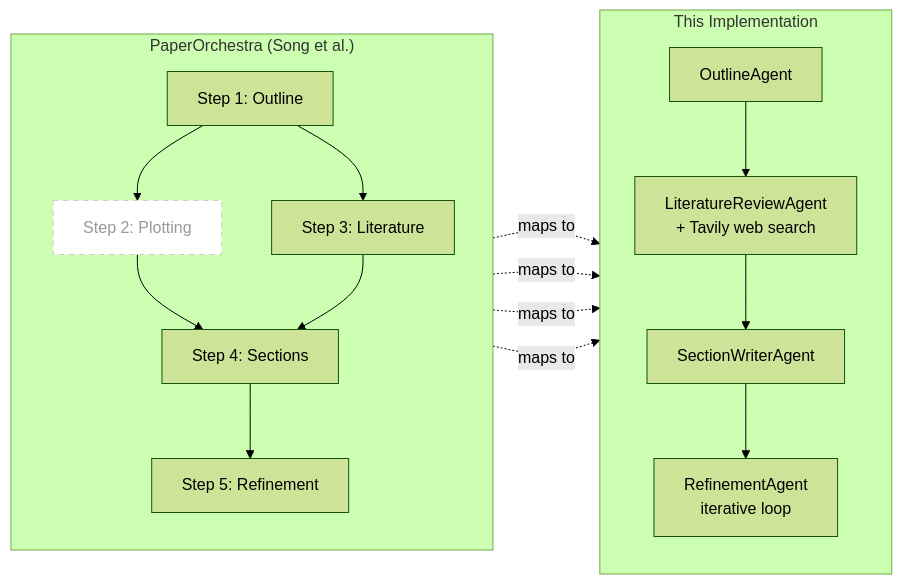
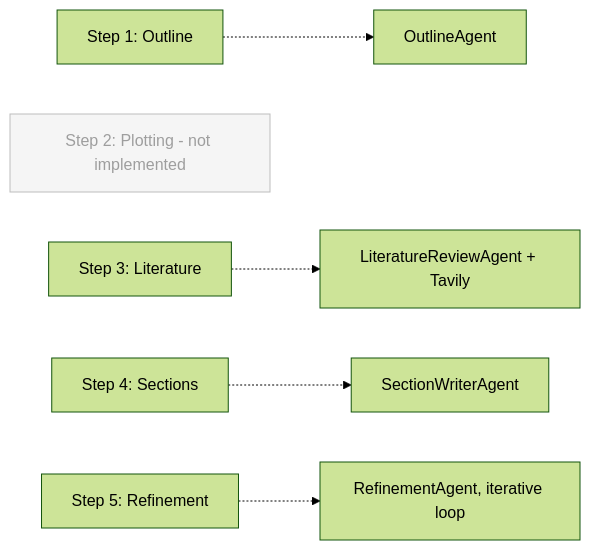
One commit to dimitarpg13/agentic_architectures_and_design_patterns changed the second of 2 diagrams in notebooks/research_paper_creation/README.md. Above: the diagram before and after it, drawn with Mermaid (forest theme). The commit also changed other lines of this file, not shown here.

Commit message:
fix mermaid rendering issue in markdown

````diff
--- a/notebooks/research_paper_creation/README.md
+++ b/notebooks/research_paper_creation/README.md
@@ -188,29 +188,10 @@
 ```mermaid
 flowchart LR
-    subgraph PO["PaperOrchestra (Song et al.)"]
-        direction TB
-        PO1["Step 1: Outline"]
-        PO2["Step 2: Plotting"]
-        PO3["Step 3: Literature"]
-        PO4["Step 4: Sections"]
-        PO5["Step 5: Refinement"]
-        PO1 --> PO2 & PO3
-        PO2 & PO3 --> PO4 --> PO5
-    end
+    PO1["Step 1: Outline"] -.-> I1["OutlineAgent"]
+    PO2["Step 2: Plotting - not implemented"]:::notimpl
+    PO3["Step 3: Literature"] -.-> I3["LiteratureReviewAgent + Tavily"]
+    PO4["Step 4: Sections"] -.-> I4["SectionWriterAgent"]
+    PO5["Step 5: Refinement"] -.-> I5["RefinementAgent, iterative loop"]
 
-    subgraph IMPL["This Implementation"]
-        direction TB
-        I1["OutlineAgent"]
-        I3["LiteratureReviewAgent<br/>+ Tavily web search"]
-        I4["SectionWriterAgent"]
-        I5["RefinementAgent<br/>iterative loop"]
-        I1 --> I3 --> I4 --> I5
-    end
-
-    PO1 -.->|maps to| I1
-    PO3 -.->|maps to| I3
-    PO4 -.->|maps to| I4
-    PO5 -.->|maps to| I5
-
-    style PO2 fill:#fff,stroke:#ccc,stroke-dasharray: 5 5,color:#999
+    classDef notimpl fill:#f5f5f5,stroke:#bdbdbd,color:#9e9e9e
 ```
````
